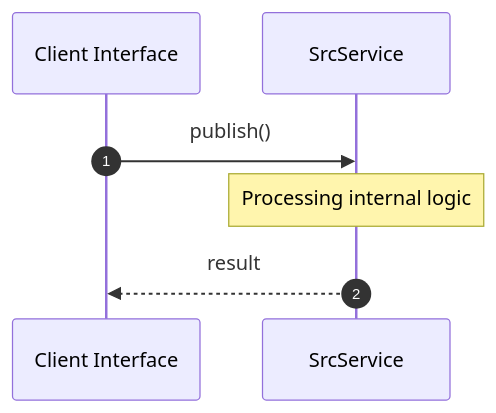
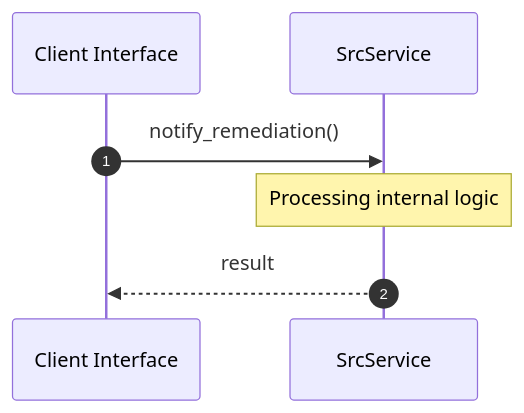
Before and after one commit to lgcorzo/rust_CACD_autonomous_factory: the second of 2 diagrams in openwiki/crates/factory-infrastructure/src/index.md, drawn with Mermaid. The commit also changed other lines of this file and 37 other files, not shown here.

Commit message:
docs: generate ISO compliant OpenWiki architecture documentation

````diff
--- a/openwiki/crates/factory-infrastructure/src/index.md
+++ b/openwiki/crates/factory-infrastructure/src/index.md
@@ -144,10 +144,10 @@
 ```mermaid
 sequenceDiagram
     autonumber
     participant Caller as Client Interface
     participant Svc as SrcService
-    Caller->>Svc: publish()
+    Caller->>Svc: notify_remediation()
     Note over Svc: Processing internal logic
     Svc-->>Caller: result
 
 ```
````
